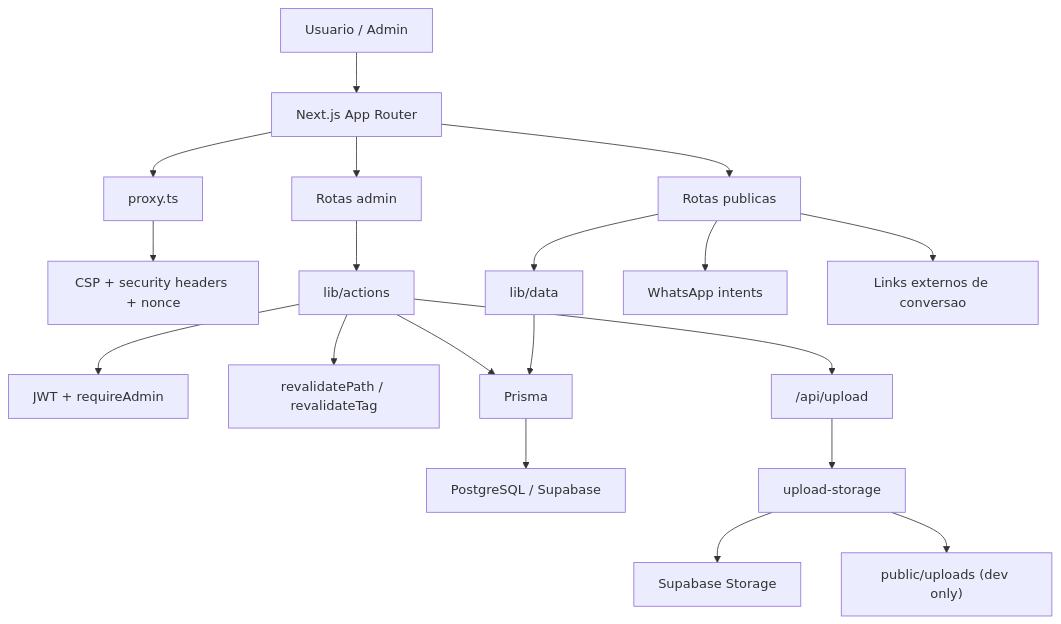
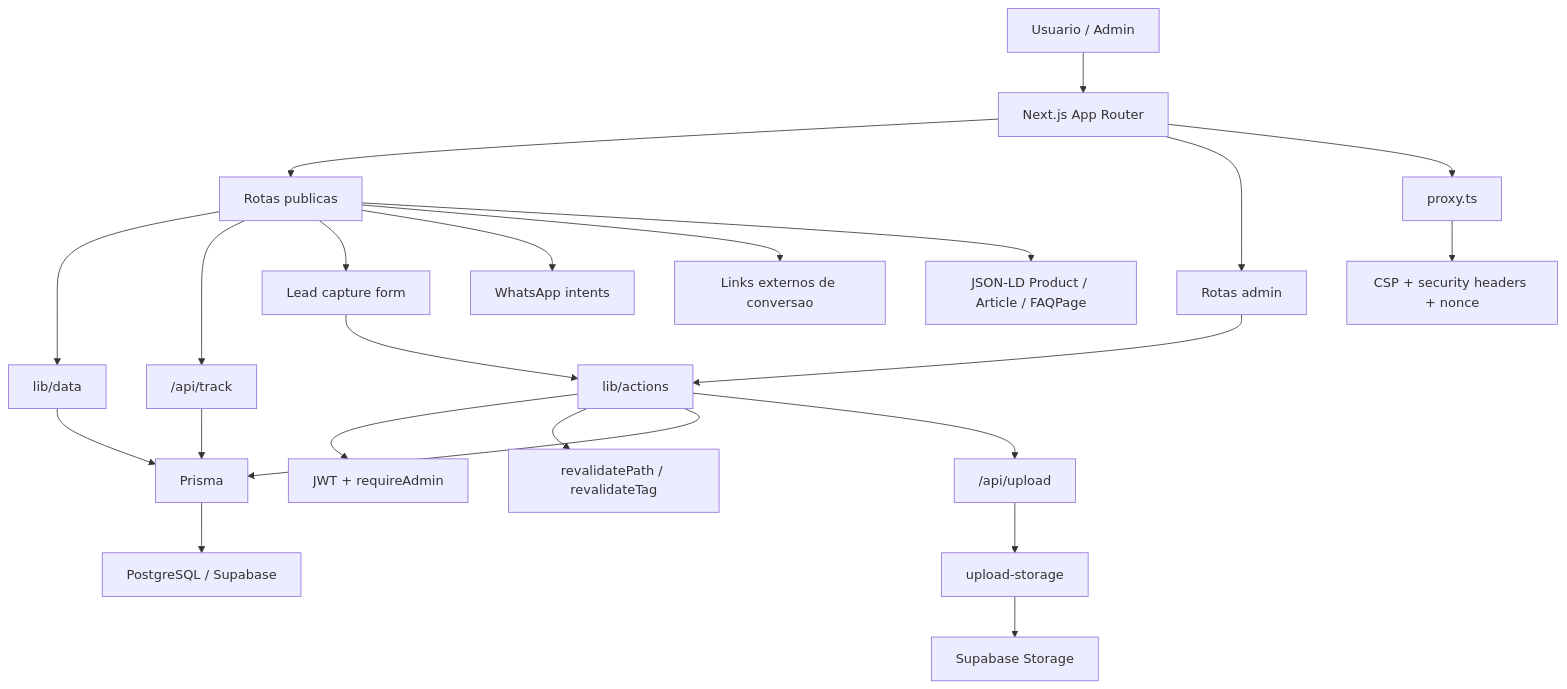
The diagram in docs/ARCHITECTURE.md (Jampras/Eliane-Marques), drawn with Mermaid before and after one commit. The commit also changed other lines of this file and 67 other files, not shown here.

Commit message:
feat: add analytics, lead capture, catalog filters and admin guide

````diff
--- a/docs/ARCHITECTURE.md
+++ b/docs/ARCHITECTURE.md
@@ -13,21 +13,25 @@
 ```mermaid
 flowchart TD
     U["Usuario / Admin"] --> APP["Next.js App Router"]
     APP --> PUB["Rotas publicas"]
     APP --> ADM["Rotas admin"]
     APP --> PROXY["proxy.ts"]
     PROXY --> SEC["CSP + security headers + nonce"]
     PUB --> DATA["lib/data"]
     ADM --> ACT["lib/actions"]
     ACT --> AUTH["JWT + requireAdmin"]
     ACT --> CACHE["revalidatePath / revalidateTag"]
     DATA --> PRISMA["Prisma"]
     ACT --> PRISMA
     PRISMA --> DB["PostgreSQL / Supabase"]
+    PUB --> TRACK["/api/track"]
+    TRACK --> PRISMA
+    PUB --> LEAD["Lead capture form"]
+    LEAD --> ACT
     ACT --> UP["/api/upload"]
     UP --> STORAGE["upload-storage"]
     STORAGE --> SUPA["Supabase Storage"]
-    STORAGE --> LOCAL["public/uploads (dev only)"]
     PUB --> WA["WhatsApp intents"]
     PUB --> EXT["Links externos de conversao"]
+    PUB --> SEO["JSON-LD Product / Article / FAQPage"]
 ```
````
